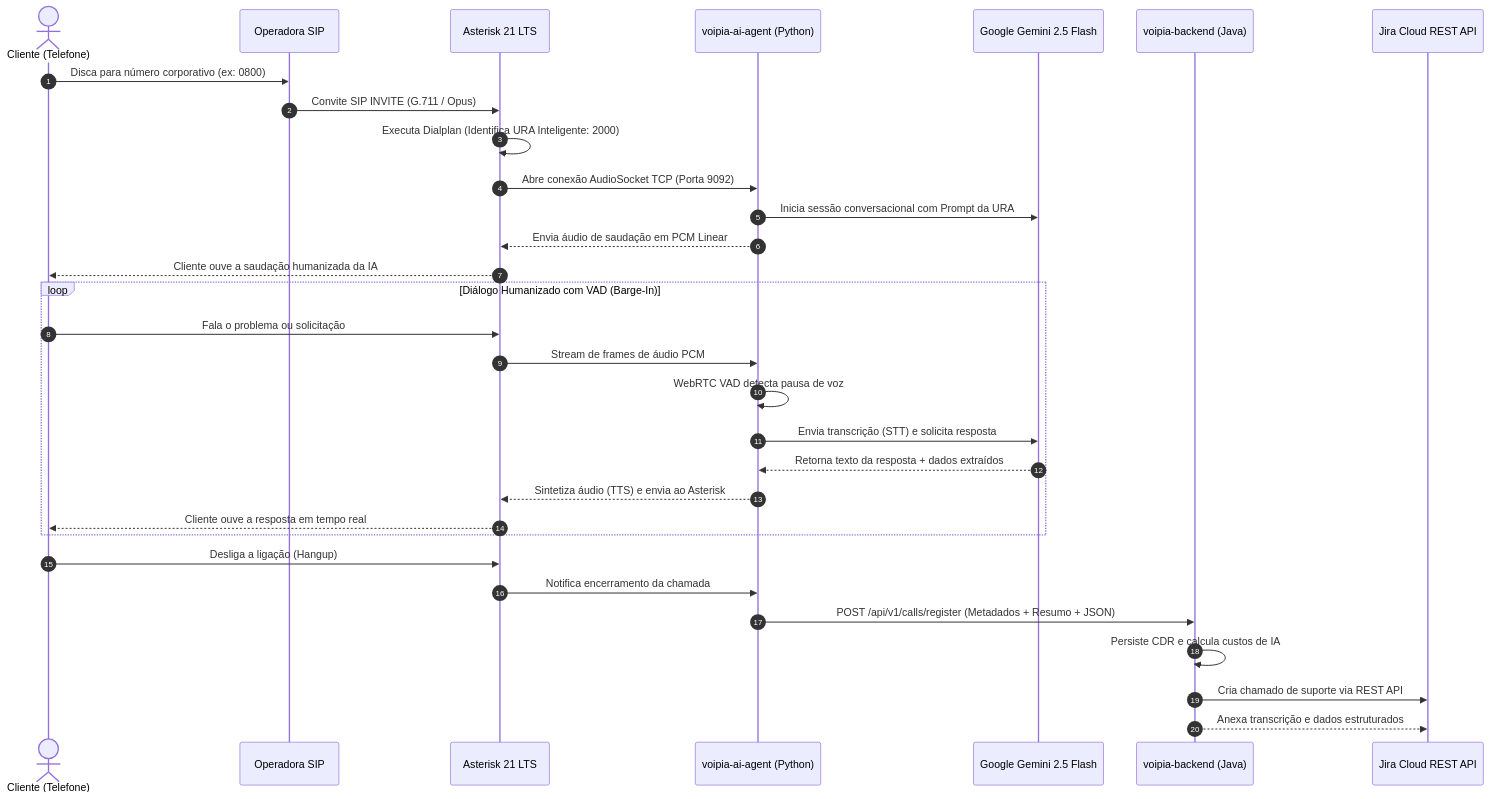
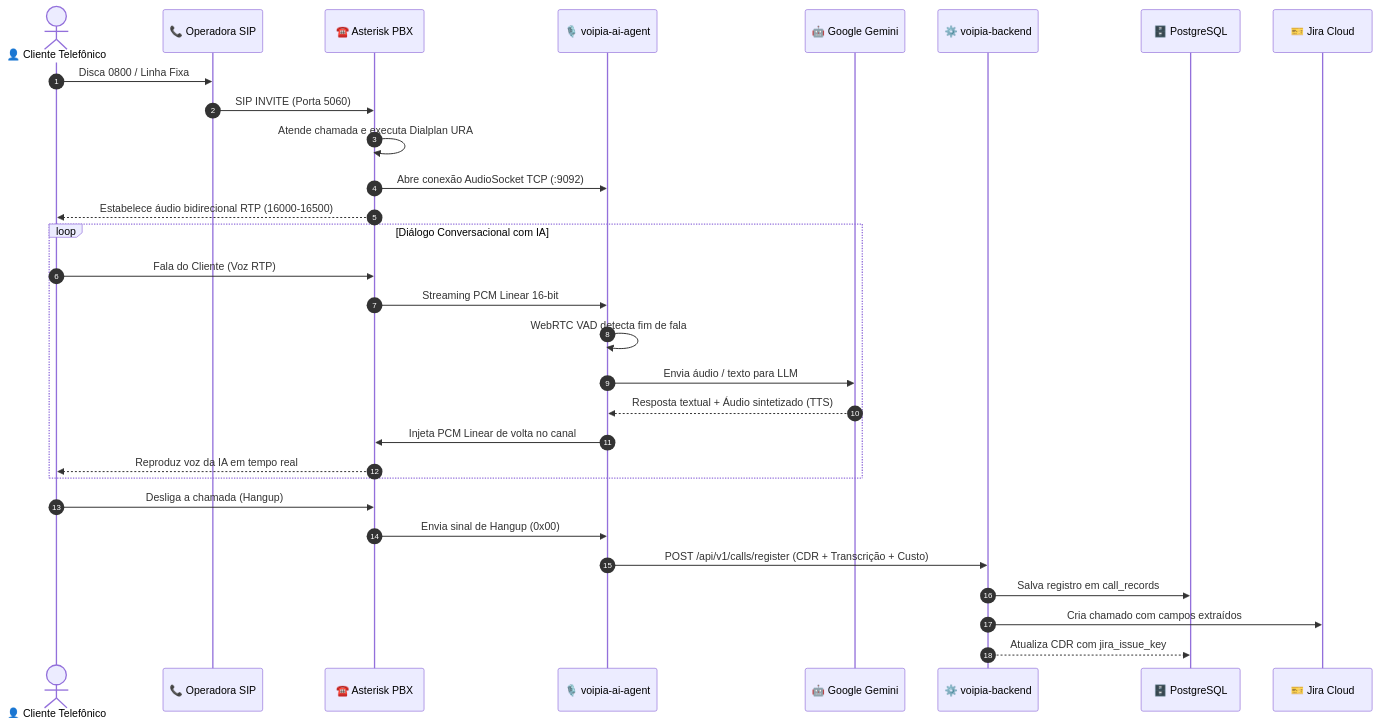
Before and after one commit to kaiohsc2017/VoipIA: the second of 2 diagrams in docs/ARQUITETURA.md, drawn with Mermaid. The commit also changed other lines of this file and 9 other files, not shown here.

````diff
--- a/docs/ARQUITETURA.md
+++ b/docs/ARQUITETURA.md
@@ -122,34 +139,35 @@
 ```mermaid
 sequenceDiagram
     autonumber
-    actor Cliente as Cliente (Telefone)
-    participant Op as Operadora SIP
-    participant Ast as Asterisk 21 LTS
-    participant AI as voipia-ai-agent (Python)
-    participant LLM as Google Gemini 2.5 Flash
-    participant Back as voipia-backend (Java)
-    participant Jira as Jira Cloud REST API
+    actor Cliente as 👤 Cliente Telefônico
+    participant Telco as 📞 Operadora SIP
+    participant Ast as ☎️ Asterisk PBX
+    participant AI as 🎙️ voipia-ai-agent
+    participant Gemini as 🤖 Google Gemini
+    participant Back as ⚙️ voipia-backend
+    participant DB as 🗄️ PostgreSQL
+    participant Jira as 🎫 Jira Cloud
 
-    Cliente->>Op: Disca para número corporativo (ex: 0800)
-    Op->>Ast: Convite SIP INVITE (G.711 / Opus)
-    Ast->>Ast: Executa Dialplan (Identifica URA Inteligente: 2000)
-    Ast->>AI: Abre conexão AudioSocket TCP (Porta 9092)
-    AI->>LLM: Inicia sessão conversacional com Prompt da URA
-    AI-->>Ast: Envia áudio de saudação em PCM Linear
-    Ast-->>Cliente: Cliente ouve a saudação humanizada da IA
-    loop Diálogo Humanizado com VAD (Barge-In)
-        Cliente->>Ast: Fala o problema ou solicitação
-        Ast->>AI: Stream de frames de áudio PCM
-        AI->>AI: WebRTC VAD detecta pausa de voz
-        AI->>LLM: Envia transcrição (STT) e solicita resposta
-        LLM-->>AI: Retorna texto da resposta + dados extraídos
-        AI-->>Ast: Sintetiza áudio (TTS) e envia ao Asterisk
-        Ast-->>Cliente: Cliente ouve a resposta em tempo real
+    Cliente->>Telco: Disca 0800 / Linha Fixa
+    Telco->>Ast: SIP INVITE (Porta 5060)
+    Ast->>Ast: Atende chamada e executa Dialplan URA
+    Ast->>AI: Abre conexão AudioSocket TCP (:9092)
+    Ast-->>Cliente: Estabelece áudio bidirecional RTP (16000-16500)
+
+    loop Diálogo Conversacional com IA
+        Cliente->>Ast: Fala do Cliente (Voz RTP)
+        Ast->>AI: Streaming PCM Linear 16-bit
+        AI->>AI: WebRTC VAD detecta fim de fala
+        AI->>Gemini: Envia áudio / texto para LLM
+        Gemini-->>AI: Resposta textual + Áudio sintetizado (TTS)
+        AI->>Ast: Injeta PCM Linear de volta no canal
+        Ast-->>Cliente: Reproduz voz da IA em tempo real
     end
-    Cliente->>Ast: Desliga a ligação (Hangup)
-    Ast->>AI: Notifica encerramento da chamada
-    AI->>Back: POST /api/v1/calls/register (Metadados + Resumo + JSON)
-    Back->>Back: Persiste CDR e calcula custos de IA
-    Back->>Jira: Cria chamado de suporte via REST API
-    Back-->>Jira: Anexa transcrição e dados estruturados
+
+    Cliente->>Ast: Desliga a chamada (Hangup)
+    Ast->>AI: Envia sinal de Hangup (0x00)
+    AI->>Back: POST /api/v1/calls/register (CDR + Transcrição + Custo)
+    Back->>DB: Salva registro em call_records
+    Back->>Jira: Cria chamado com campos extraídos
+    Back-->>DB: Atualiza CDR com jira_issue_key
 ```
````
